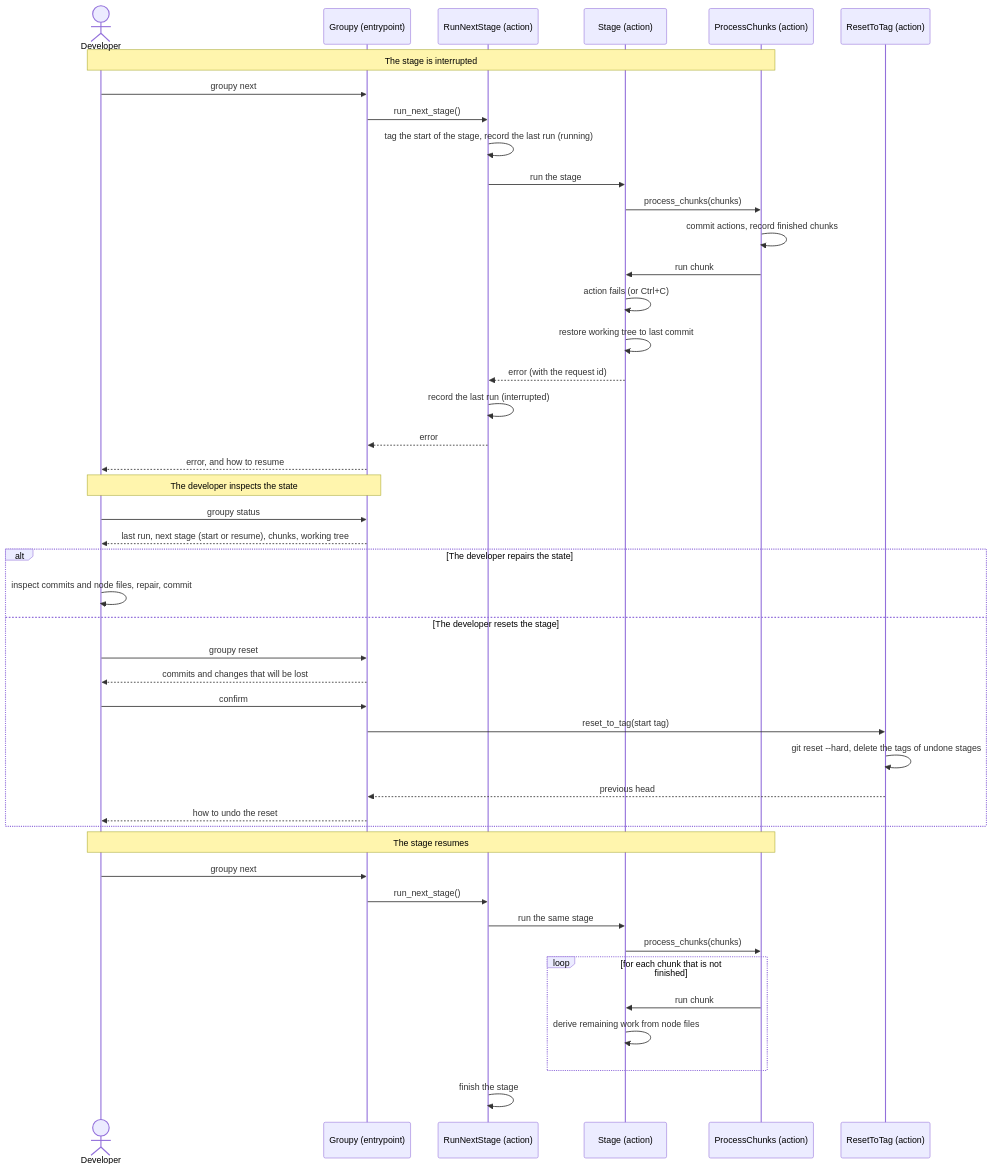
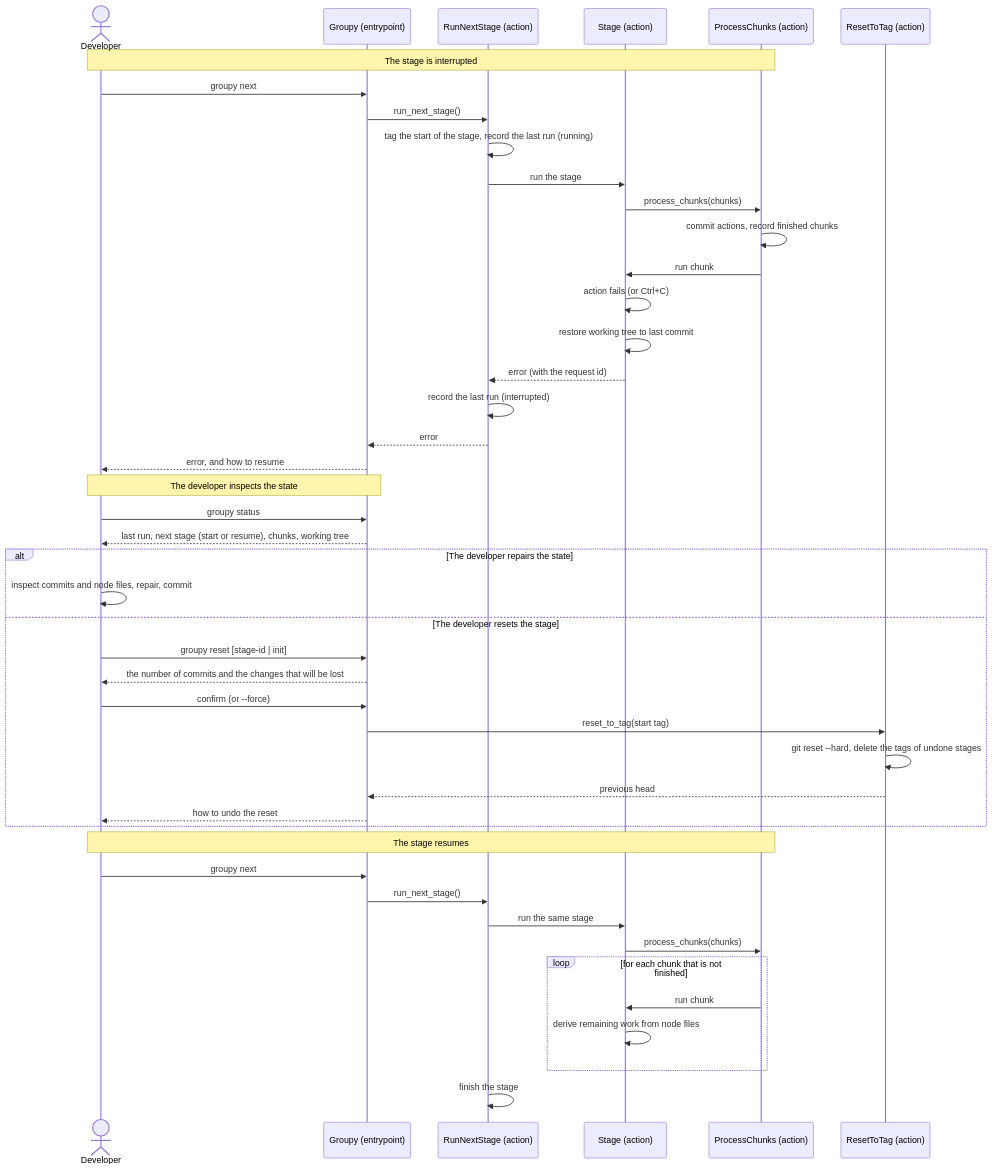
The diagram in doc/spec/scenarios/s03_a_developer_resumes_an_interrupted_stage.md (mnieber/groupy), drawn with Mermaid before and after one commit. The commit also changed other lines of this file and 12 other files, not shown here.

````diff
--- a/doc/spec/scenarios/s03_a_developer_resumes_an_interrupted_stage.md
+++ b/doc/spec/scenarios/s03_a_developer_resumes_an_interrupted_stage.md
@@ -81,51 +86,51 @@
 ```mermaid
 sequenceDiagram
     actor Developer
     participant Groupy as Groupy (entrypoint)
     participant RunNextStage as RunNextStage (action)
     participant Stage as Stage (action)
     participant ProcessChunks as ProcessChunks (action)
     participant ResetToTag as ResetToTag (action)
 
     Note over Developer,ProcessChunks: The stage is interrupted
     Developer->>Groupy: groupy next
     Groupy->>RunNextStage: run_next_stage()
     RunNextStage->>RunNextStage: tag the start of the stage, record the last run (running)
     RunNextStage->>Stage: run the stage
     Stage->>ProcessChunks: process_chunks(chunks)
     ProcessChunks->>ProcessChunks: commit actions, record finished chunks
     ProcessChunks->>Stage: run chunk
     Stage->>Stage: action fails (or Ctrl+C)
     Stage->>Stage: restore working tree to last commit
     Stage-->>RunNextStage: error (with the request id)
     RunNextStage->>RunNextStage: record the last run (interrupted)
     RunNextStage-->>Groupy: error
     Groupy-->>Developer: error, and how to resume
 
     Note over Developer,Groupy: The developer inspects the state
     Developer->>Groupy: groupy status
     Groupy-->>Developer: last run, next stage (start or resume), chunks, working tree
 
     alt The developer repairs the state
         Developer->>Developer: inspect commits and node files, repair, commit
     else The developer resets the stage
-        Developer->>Groupy: groupy reset
-        Groupy-->>Developer: commits and changes that will be lost
-        Developer->>Groupy: confirm
+        Developer->>Groupy: groupy reset [stage-id | init]
+        Groupy-->>Developer: the number of commits and the changes that will be lost
+        Developer->>Groupy: confirm (or --force)
         Groupy->>ResetToTag: reset_to_tag(start tag)
         ResetToTag->>ResetToTag: git reset --hard, delete the tags of undone stages
         ResetToTag-->>Groupy: previous head
         Groupy-->>Developer: how to undo the reset
     end
 
     Note over Developer,ProcessChunks: The stage resumes
     Developer->>Groupy: groupy next
     Groupy->>RunNextStage: run_next_stage()
     RunNextStage->>Stage: run the same stage
     Stage->>ProcessChunks: process_chunks(chunks)
     loop for each chunk that is not finished
         ProcessChunks->>Stage: run chunk
         Stage->>Stage: derive remaining work from node files
     end
     RunNextStage->>RunNextStage: finish the stage
 ```
````
